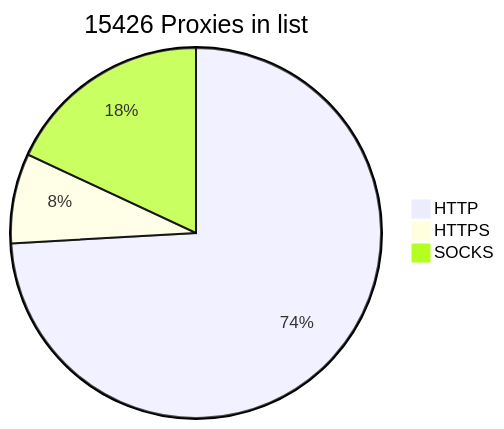
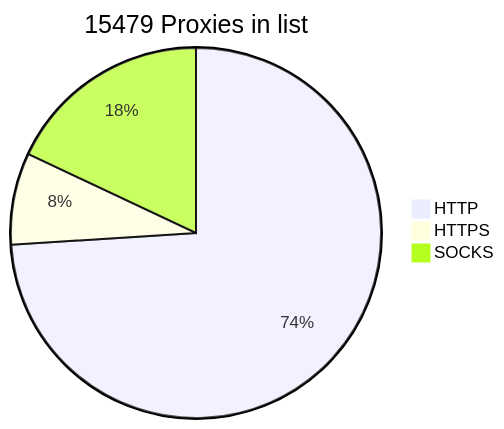
One commit to BlackSnowDot/proxylist-update-every-minute changed the diagram in README.md. Above: the diagram before and after it, drawn with Mermaid. The commit also changed other lines of this file, not shown here.

````diff
--- a/README.md
+++ b/README.md
@@ -2,6 +2,6 @@
 ```mermaid
-pie title 15426 Proxies in list
-    "HTTP" : 11636
-    "HTTPS": 1233
-    "SOCKS" : 2834
+pie title 15479 Proxies in list
+    "HTTP" : 11659
+    "HTTPS": 1263
+    "SOCKS" : 2835
 ```
````
